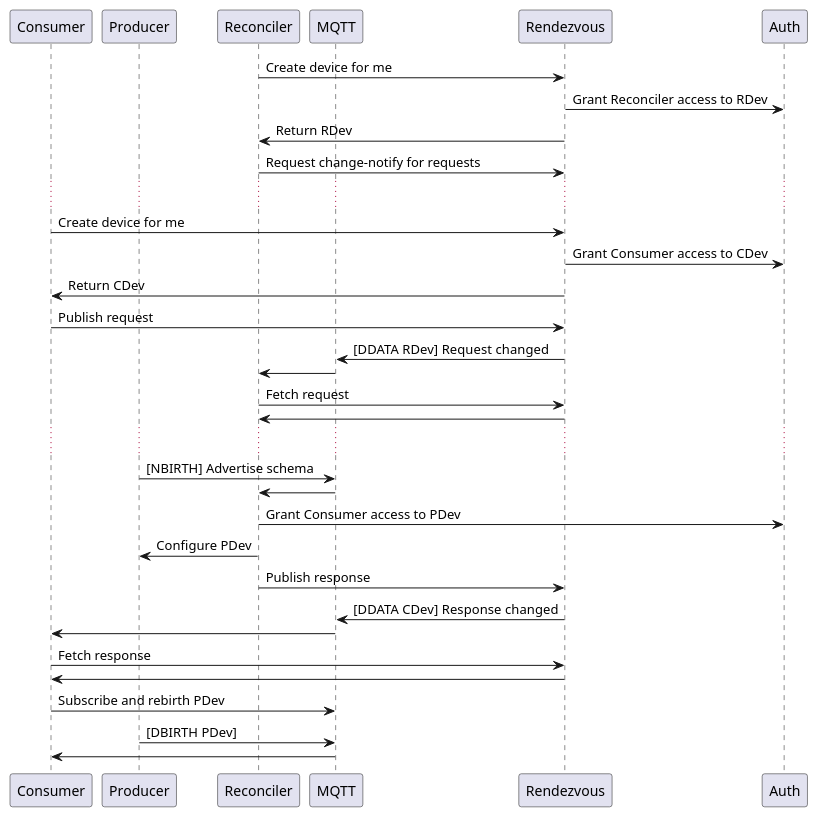
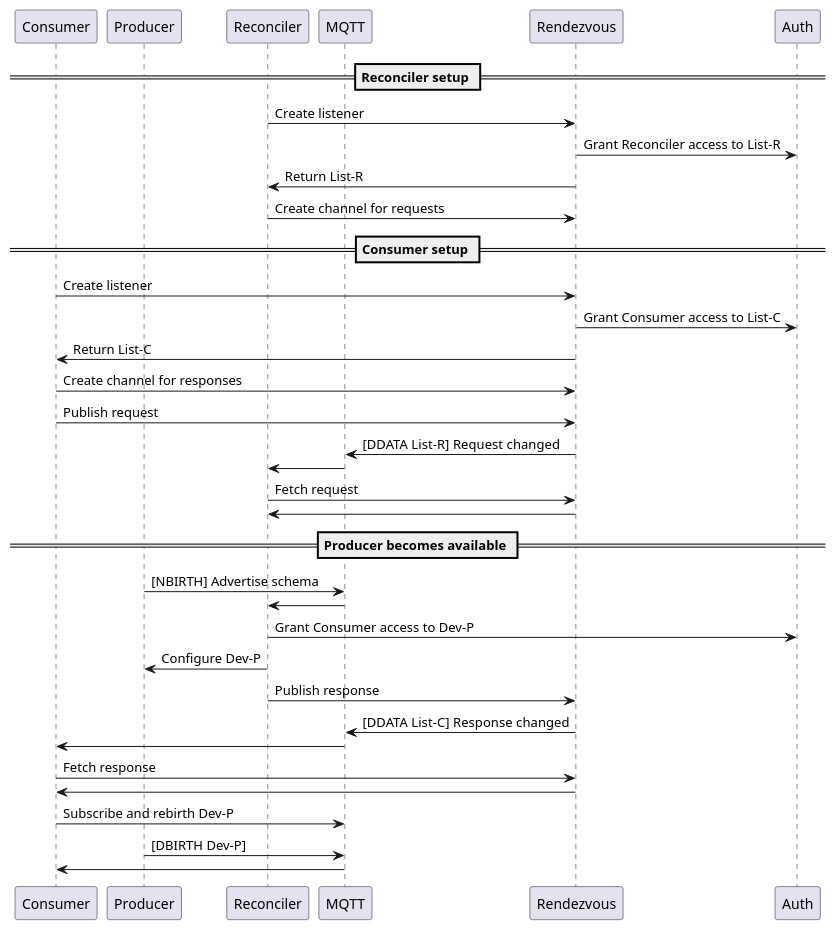
One commit to AMRC-FactoryPlus/amrc-connectivity-stack changed the diagram in acs-rendezvous/docs/reconciliation.puml. Above: the diagram before and after it, drawn with PlantUML. The commit also changed 2 other files, not shown here.

```diff
--- a/acs-rendezvous/docs/reconciliation.puml
+++ b/acs-rendezvous/docs/reconciliation.puml
@@ -1,39 +1,41 @@
 @startuml
 
 participant     Consumer        as cn
 participant     Producer        as pr
 participant     Reconciler      as rc
 participant     MQTT            as sp
 participant     Rendezvous      as rv
 participant     Auth            as au
 
-rc -> rv    : Create device for me
-rv -> au    : Grant Reconciler access to RDev
-rv -> rc    : Return RDev
-rc -> rv    : Request change-notify for requests
+== Reconciler setup ==
+rc -> rv    : Create listener
+rv -> au    : Grant Reconciler access to List-R
+rv -> rc    : Return List-R
+rc -> rv    : Create channel for requests
 
-...
-cn -> rv    : Create device for me
-rv -> au    : Grant Consumer access to CDev
-rv -> cn    : Return CDev
+== Consumer setup ==
+cn -> rv    : Create listener
+rv -> au    : Grant Consumer access to List-C
+rv -> cn    : Return List-C
+cn -> rv    : Create channel for responses
 cn -> rv    : Publish request
-rv -> sp    : [DDATA RDev] Request changed
+rv -> sp    : [DDATA List-R] Request changed
 sp -> rc
 rc -> rv    : Fetch request
 rv -> rc
 
-...
+== Producer becomes available ==
 pr -> sp    : [NBIRTH] Advertise schema
 sp -> rc
-rc -> au    : Grant Consumer access to PDev
-rc -> pr    : Configure PDev
+rc -> au    : Grant Consumer access to Dev-P
+rc -> pr    : Configure Dev-P
 rc -> rv    : Publish response
-rv -> sp    : [DDATA CDev] Response changed
+rv -> sp    : [DDATA List-C] Response changed
 sp -> cn
 cn -> rv    : Fetch response
 rv -> cn
-cn -> sp    : Subscribe and rebirth PDev
-pr -> sp    : [DBIRTH PDev]
+cn -> sp    : Subscribe and rebirth Dev-P
+pr -> sp    : [DBIRTH Dev-P]
 sp -> cn
 
 @enduml
```
